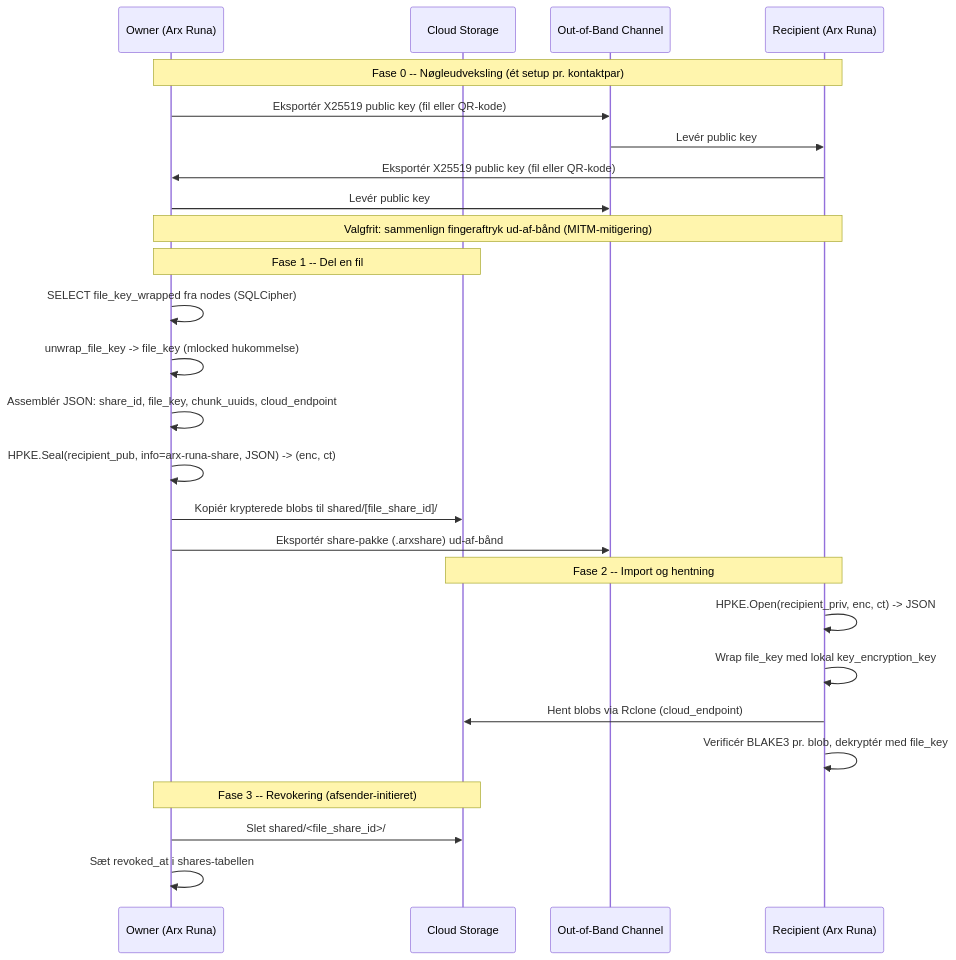
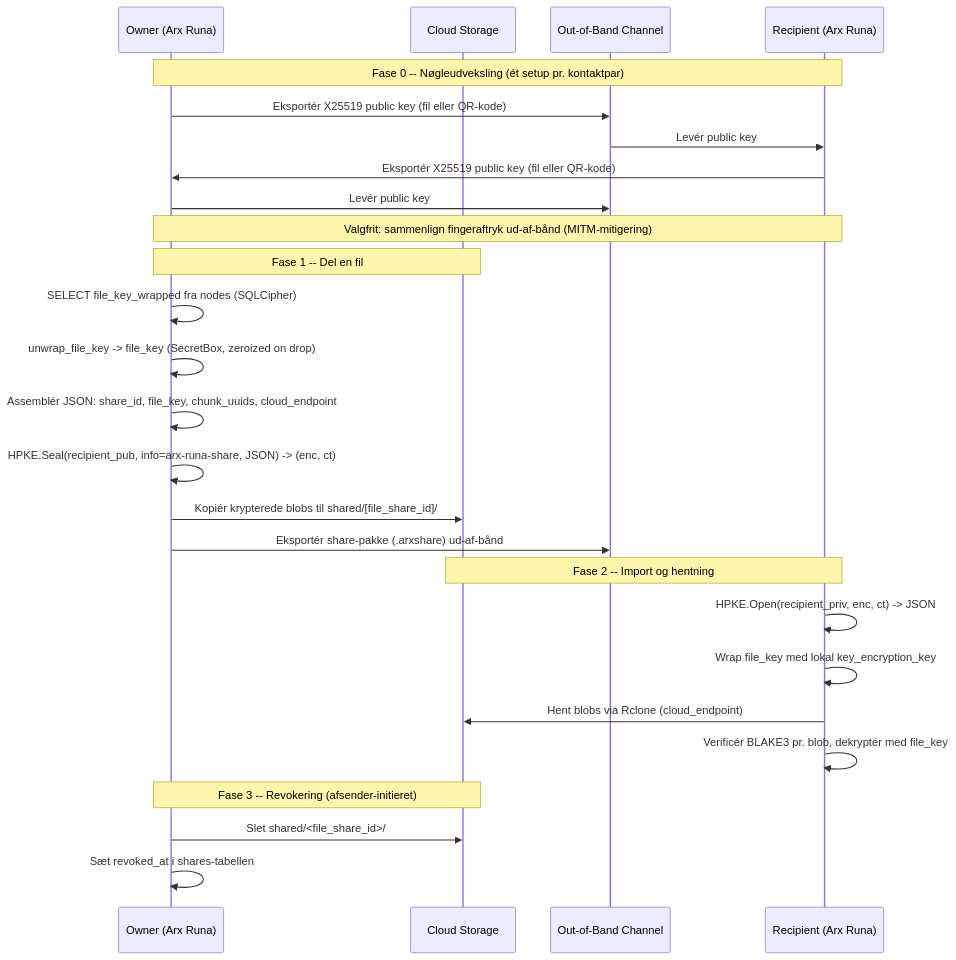
The eighth of 8 diagrams in docs/report/arx-runa-bachelorrapport.md (salgaard/arx-runa), drawn with Mermaid before and after one commit. The commit also changed other lines of this file and 19 other files, not shown here.

````diff
--- a/docs/report/arx-runa-bachelorrapport.md
+++ b/docs/report/arx-runa-bachelorrapport.md
@@ -1206,32 +1225,32 @@
 ```mermaid
 sequenceDiagram
     participant Owner as Owner (Arx Runa)
     participant Cloud as Cloud Storage
     participant Channel as Out-of-Band Channel
     participant Recipient as Recipient (Arx Runa)
 
     note over Owner,Recipient: Fase 0 #45;#45; Nøgleudveksling (ét setup pr. kontaktpar)
     Owner->>Channel: Eksportér X25519 public key (fil eller QR-kode)
     Channel->>Recipient: Levér public key
     Recipient->>Owner: Eksportér X25519 public key (fil eller QR-kode)
     Owner->>Channel: Levér public key
     note over Owner,Recipient: Valgfrit#58; sammenlign fingeraftryk ud-af-bånd (MITM-mitigering)
 
     note over Owner,Cloud: Fase 1 #45;#45; Del en fil
     Owner->>Owner: SELECT file_key_wrapped fra nodes (SQLCipher)
-    Owner->>Owner: unwrap_file_key #45;#62; file_key (mlocked hukommelse)
+    Owner->>Owner: unwrap_file_key #45;#62; file_key (SecretBox, zeroized on drop)
     Owner->>Owner: Assemblér JSON#58; share_id, file_key, chunk_uuids, cloud_endpoint
     Owner->>Owner: HPKE.Seal(recipient_pub, info=arx-runa-share, JSON) #45;#62; (enc, ct)
     Owner->>Cloud: Kopiér krypterede blobs til shared/[file_share_id]/
     Owner->>Channel: Eksportér share-pakke (.arxshare) ud-af-bånd
 
     note over Recipient,Cloud: Fase 2 #45;#45; Import og hentning
     Recipient->>Recipient: HPKE.Open(recipient_priv, enc, ct) #45;#62; JSON
     Recipient->>Recipient: Wrap file_key med lokal key_encryption_key
     Recipient->>Cloud: Hent blobs via Rclone (cloud_endpoint)
     Recipient->>Recipient: Verificér BLAKE3 pr. blob, dekryptér med file_key
 
     note over Owner,Cloud: Fase 3 #45;#45; Revokering (afsender-initieret)
     Owner->>Cloud: Slet shared/#60;file_share_id#62;/
     Owner->>Owner: Sæt revoked_at i shares-tabellen
 ```
````
